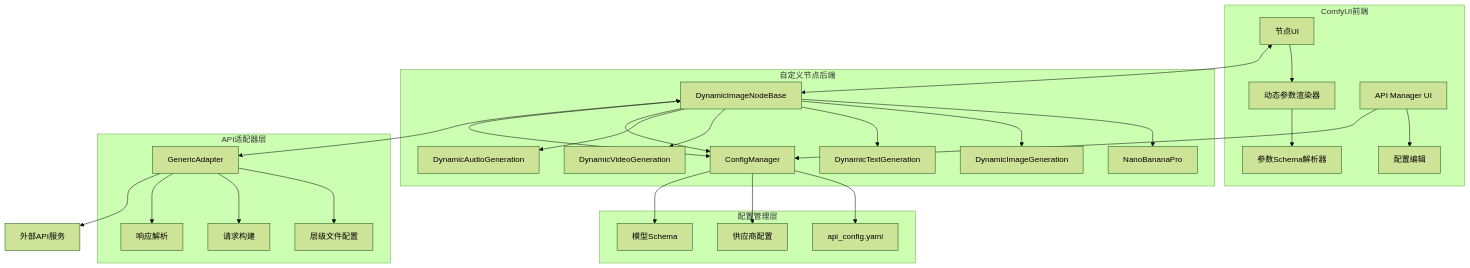
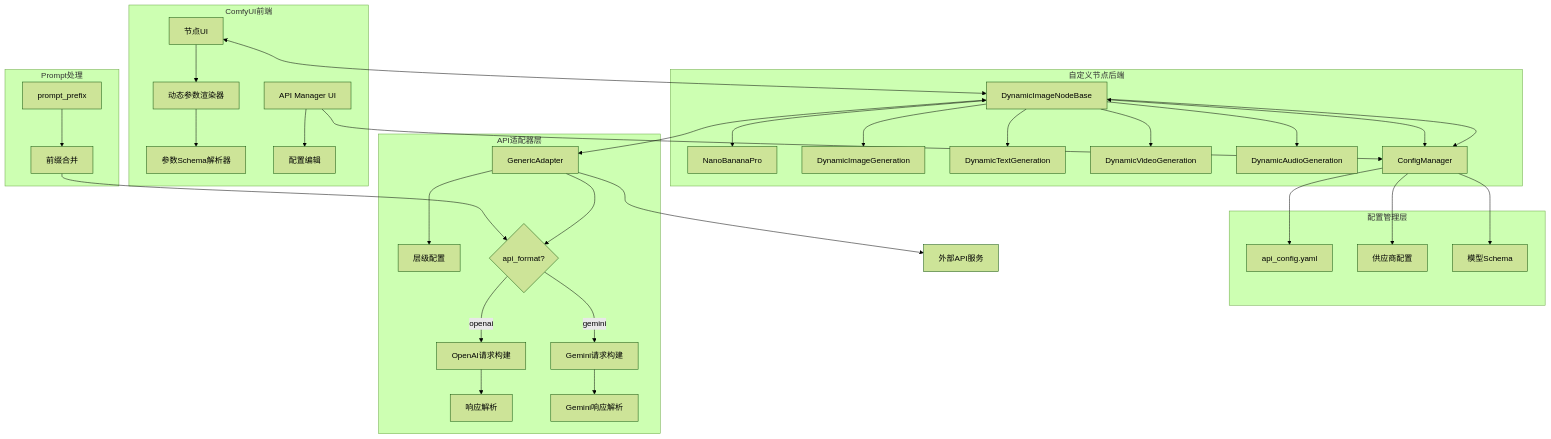
The first of 10 diagrams in ARCHITECTURE.md (RexGrey/ComfyUI-Custom-Batchbox), drawn with Mermaid (forest theme) before and after one commit. The commit also changed other lines of this file and 3 other files, not shown here.

First line of the commit message:
v2.6: 支持 Gemini 原生 API 格式和 Prompt 前缀功能

````diff
--- a/ARCHITECTURE.md
+++ b/ARCHITECTURE.md
@@ -44,35 +45,43 @@
 ```mermaid
 graph TB
     subgraph ComfyUI前端
         A[节点UI] --> B[动态参数渲染器]
         B --> C[参数Schema解析器]
         D[API Manager UI] --> E[配置编辑]
     end
     
     subgraph 自定义节点后端
         F[DynamicImageNodeBase] --> F1[NanoBananaPro]
         F --> G[DynamicImageGeneration]
         F --> H[DynamicTextGeneration]
         F --> I[DynamicVideoGeneration]
         F --> J[DynamicAudioGeneration]
         F --> K[DynamicImageEditor]
     end
     
     subgraph 配置管理层
         K[ConfigManager] --> L[api_config.yaml]
         K --> M[供应商配置]
         K --> N[模型Schema]
     end
     
     subgraph API适配器层
-        O[GenericAdapter] --> P[层级文件配置]
-        O --> Q[请求构建]
-        O --> R[响应解析]
+        O[GenericAdapter] --> P[层级配置]
+        O --> Q{api_format?}
+        Q -->|openai| Q1[OpenAI请求构建]
+        Q -->|gemini| Q2[Gemini请求构建]
+        Q1 --> R[响应解析]
+        Q2 --> R2[Gemini响应解析]
+    end
+    
+    subgraph Prompt处理
+        PP[prompt_prefix] --> PPM[前缀合并]
+        PPM --> Q
     end
     
     A <--> F
     F <--> K
     F <--> O
     O --> S[外部API服务]
     D --> K
 ```
````
